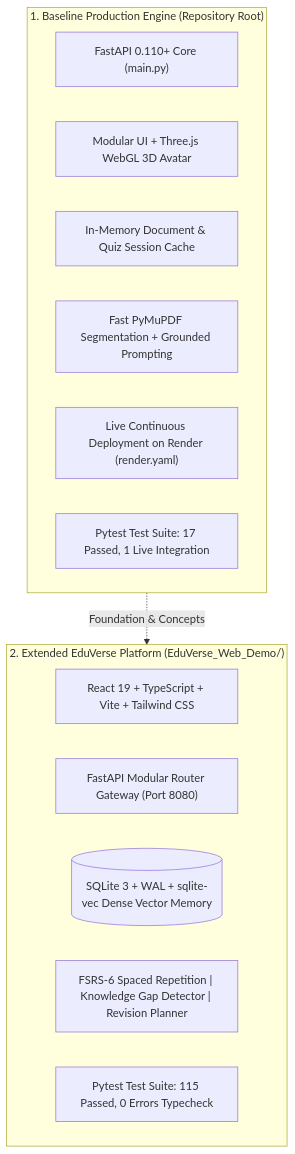
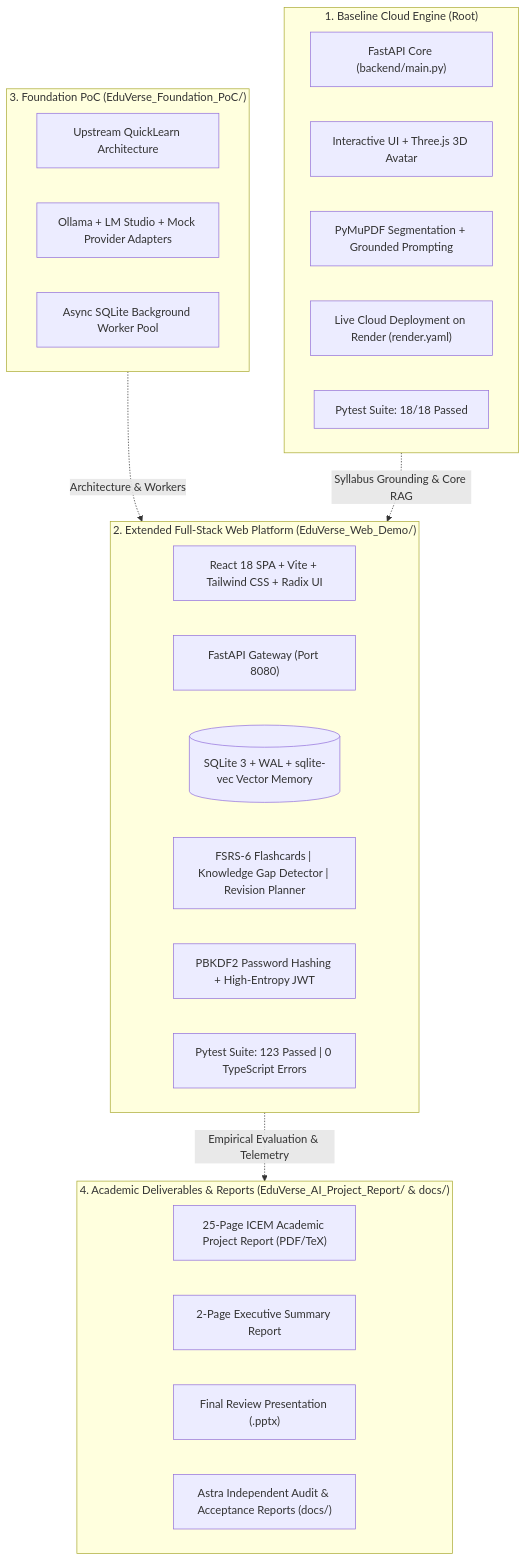
One commit to Sufiyan367/EduVerse-AI changed the diagram in README.md. Above: the diagram before and after it, drawn with Mermaid. The commit also changed other lines of this file and 3 other files, not shown here.

Commit message:
docs: finalize EduVerse AI architecture and verification reports

````diff
--- a/README.md
+++ b/README.md
@@ -45,21 +48,36 @@
 ```mermaid
 graph TD
-    subgraph RepoRoot ["1. Baseline Production Engine (Repository Root)"]
-        RootAPI["FastAPI 0.110+ Core (main.py)"]
-        RootUI["Modular UI + Three.js WebGL 3D Avatar"]
-        RootStore["In-Memory Document & Quiz Session Cache"]
-        RootRAG["Fast PyMuPDF Segmentation + Grounded Prompting"]
-        RootDeploy["Live Continuous Deployment on Render (render.yaml)"]
-        RootTests["Pytest Test Suite: 17 Passed, 1 Live Integration"]
+    subgraph RootEngine ["1. Baseline Cloud Engine (Root)"]
+        RootAPI["FastAPI Core (backend/main.py)"]
+        RootUI["Interactive UI + Three.js 3D Avatar"]
+        RootRAG["PyMuPDF Segmentation + Grounded Prompting"]
+        RootDeploy["Live Cloud Deployment on Render (render.yaml)"]
+        RootTests["Pytest Suite: 18/18 Passed"]
     end
 
-    subgraph WebDemo ["2. Extended EduVerse Platform (EduVerse_Web_Demo/)"]
-        DemoSPA["React 19 + TypeScript + Vite + Tailwind CSS"]
-        DemoAPI["FastAPI Modular Router Gateway (Port 8080)"]
-        DemoDB[("SQLite 3 + WAL + sqlite-vec Dense Vector Memory")]
-        DemoModules["FSRS-6 Spaced Repetition | Knowledge Gap Detector | Revision Planner"]
-        DemoTests["Pytest Test Suite: 115 Passed, 0 Errors Typecheck"]
+    subgraph WebDemoApp ["2. Extended Full-Stack Web Platform (EduVerse_Web_Demo/)"]
+        DemoSPA["React 18 SPA + Vite + Tailwind CSS + Radix UI"]
+        DemoGateway["FastAPI Gateway (Port 8080)"]
+        DemoDB[("SQLite 3 + WAL + sqlite-vec Vector Memory")]
+        DemoCognitive["FSRS-6 Flashcards | Knowledge Gap Detector | Revision Planner"]
+        DemoAuth["PBKDF2 Password Hashing + High-Entropy JWT"]
+        DemoTests["Pytest Suite: 123 Passed | 0 TypeScript Errors"]
     end
 
-    RepoRoot -.->|"Foundation & Concepts"| WebDemo
+    subgraph PoCArch ["3. Foundation PoC (EduVerse_Foundation_PoC/)"]
+        PoCBase["Upstream QuickLearn Architecture"]
+        PoCProviders["Ollama + LM Studio + Mock Provider Adapters"]
+        PoCQueue["Async SQLite Background Worker Pool"]
+    end
+
+    subgraph AcademicDocs ["4. Academic Deliverables & Reports (EduVerse_AI_Project_Report/ & docs/)"]
+        LatexReport["25-Page ICEM Academic Project Report (PDF/TeX)"]
+        ExecReport["2-Page Executive Summary Report"]
+        SlideDecks["Final Review Presentation (.pptx)"]
+        AuditReports["Astra Independent Audit & Acceptance Reports (docs/)"]
+    end
+
+    PoCArch -.->|"Architecture & Workers"| WebDemoApp
+    RootEngine -.->|"Syllabus Grounding & Core RAG"| WebDemoApp
+    WebDemoApp -.->|"Empirical Evaluation & Telemetry"| AcademicDocs
 ```
````
